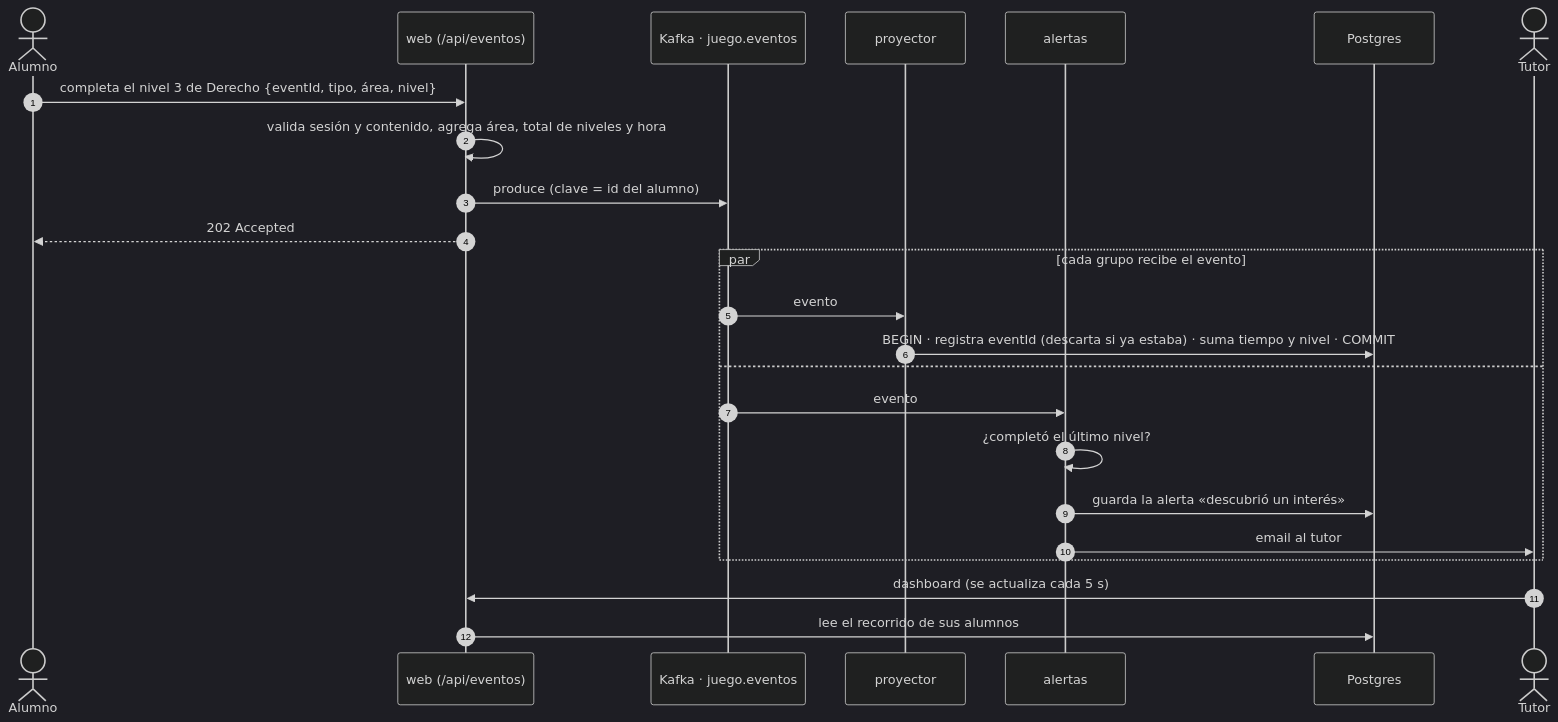
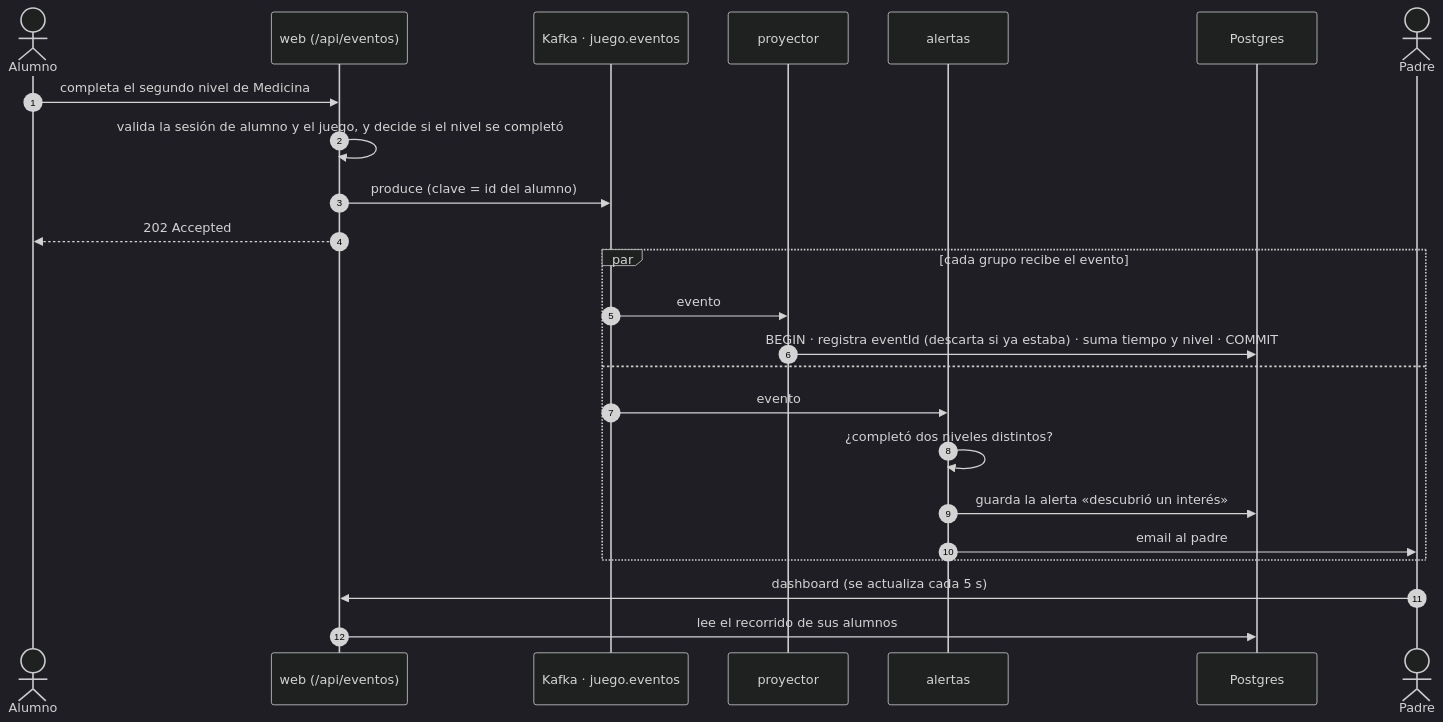
The diagram in docs/diagramas/secuencia.mmd (eugemigliaro/inge2-yolo), drawn with Mermaid (dark theme) before and after one commit. The commit also changed 51 other files, not shown here.

```diff
--- a/docs/diagramas/secuencia.mmd
+++ b/docs/diagramas/secuencia.mmd
@@ -1,24 +1,24 @@
 sequenceDiagram
   autonumber
   actor A as Alumno
   participant W as web (/api/eventos)
   participant K as Kafka · juego.eventos
   participant P as proyector
   participant L as alertas
   participant DB as Postgres
-  actor T as Tutor
-  A->>W: completa el nivel 3 de Derecho {eventId, tipo, área, nivel}
-  W->>W: valida sesión y contenido, agrega área, total de niveles y hora
+  actor T as Padre
+  A->>W: completa el segundo nivel de Medicina
+  W->>W: valida la sesión de alumno y el juego, y decide si el nivel se completó
   W->>K: produce (clave = id del alumno)
   W-->>A: 202 Accepted
   par cada grupo recibe el evento
     K->>P: evento
     P->>DB: BEGIN · registra eventId (descarta si ya estaba) · suma tiempo y nivel · COMMIT
   and
     K->>L: evento
-    L->>L: ¿completó el último nivel?
+    L->>L: ¿completó dos niveles distintos?
     L->>DB: guarda la alerta «descubrió un interés»
-    L->>T: email al tutor
+    L->>T: email al padre
   end
   T->>W: dashboard (se actualiza cada 5 s)
   W->>DB: lee el recorrido de sus alumnos
```
